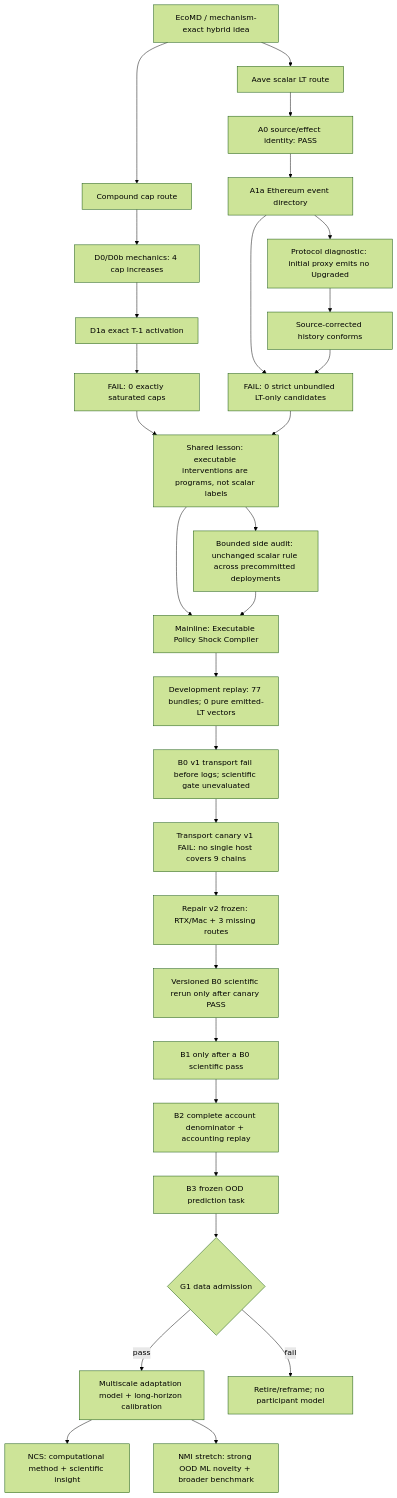
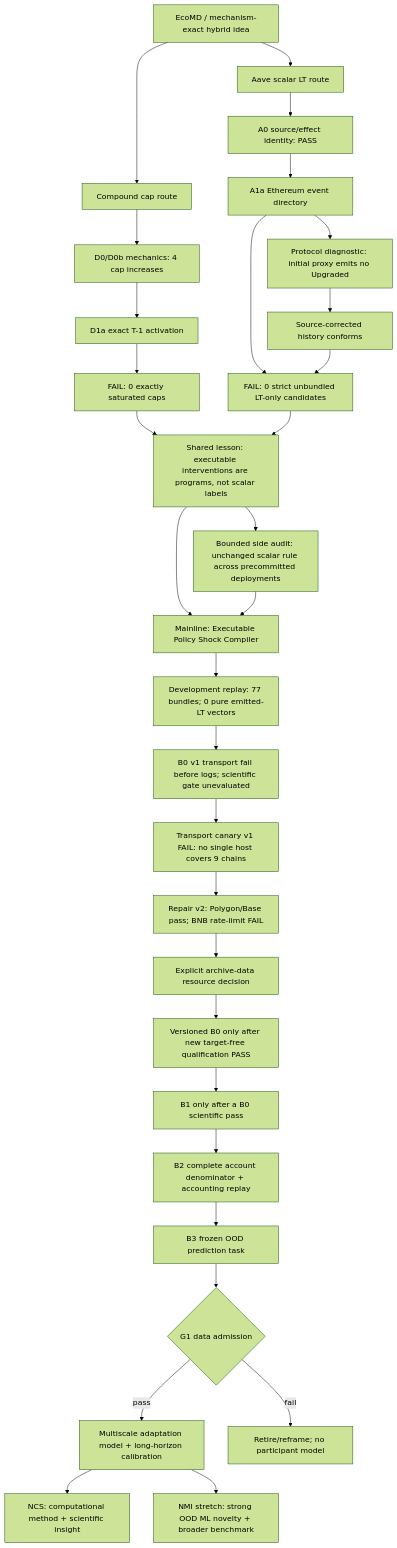
The diagram in papers/proposal/v14_policy_shock_research_topology_2026-08-16.md (howardwang1997/ecophys), drawn with Mermaid (forest theme) before and after one commit. The commit also changed other lines of this file and 9 other files, not shown here.

Commit message:
experiment: archive Aave transport repair failure

````diff
--- a/papers/proposal/v14_policy_shock_research_topology_2026-08-16.md
+++ b/papers/proposal/v14_policy_shock_research_topology_2026-08-16.md
@@ -6,32 +6,33 @@
 ```mermaid
 flowchart TD
     E[EcoMD / mechanism-exact hybrid idea] --> C[Compound cap route]
     E --> A[Aave scalar LT route]
     C --> C0[D0/D0b mechanics: 4 cap increases]
     C0 --> C1[D1a exact T-1 activation]
     C1 --> CF[FAIL: 0 exactly saturated caps]
     A --> A0[A0 source/effect identity: PASS]
     A0 --> A1[A1a Ethereum event directory]
     A1 --> AF[FAIL: 0 strict unbundled LT-only candidates]
     A1 --> PD[Protocol diagnostic: initial proxy emits no Upgraded]
     PD --> HC[Source-corrected history conforms]
     HC --> AF
     CF --> S[Shared lesson: executable interventions are programs, not scalar labels]
     AF --> S
     S --> V[Mainline: Executable Policy Shock Compiler]
     S --> XS[Bounded side audit: unchanged scalar rule across precommitted deployments]
     XS --> V
     V --> E0[Development replay: 77 bundles; 0 pure emitted-LT vectors]
     E0 --> B0[B0 v1 transport fail before logs; scientific gate unevaluated]
     B0 --> T0[Transport canary v1 FAIL: no single host covers 9 chains]
-    T0 --> T1[Repair v2 frozen: RTX/Mac + 3 missing routes]
-    T1 --> B0V2[Versioned B0 scientific rerun only after canary PASS]
+    T0 --> T1[Repair v2: Polygon/Base pass; BNB rate-limit FAIL]
+    T1 --> AR[Explicit archive-data resource decision]
+    AR --> B0V2[Versioned B0 only after new target-free qualification PASS]
     B0V2 --> B1[B1 only after a B0 scientific pass]
     B1 --> B2[B2 complete account denominator + accounting replay]
     B2 --> B3[B3 frozen OOD prediction task]
     B3 --> G1{G1 data admission}
     G1 -->|pass| M[Multiscale adaptation model + long-horizon calibration]
     G1 -->|fail| R[Retire/reframe; no participant model]
     M --> NCS[NCS: computational method + scientific insight]
     M --> NMI[NMI stretch: strong OOD ML novelty + broader benchmark]
 ```
````
